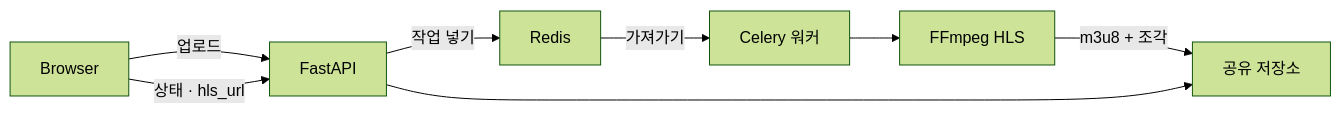
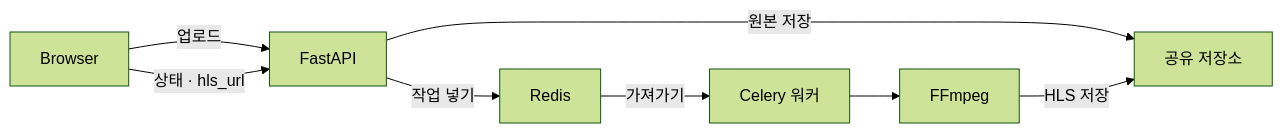
Before and after one commit to DSeung001/presentation-md: the sixth of 7 diagrams in content/2026-07-20-pycon-fastapi-celery/index.md, drawn with Mermaid (forest theme). The commit also changed other lines of this file and 2 other files, not shown here.

Commit message:
fix: 다이어그램 수정 및 img css 수정

````diff
--- a/content/2026-07-20-pycon-fastapi-celery/index.md
+++ b/content/2026-07-20-pycon-fastapi-celery/index.md
@@ -401,16 +394,16 @@
 ```mermaid
 flowchart LR
     Browser["Browser"]
     FastAPI["FastAPI"]
     Redis["Redis"]
     Celery["Celery 워커"]
-    FFmpeg["FFmpeg HLS"]
+    FFmpeg["FFmpeg"]
     Data["공유 저장소"]
     Browser -->|"업로드"| FastAPI
+    FastAPI -->|"원본 저장"| Data
     FastAPI -->|"작업 넣기"| Redis
     Redis -->|"가져가기"| Celery
     Celery --> FFmpeg
-    FFmpeg -->|"m3u8 + 조각"| Data
-    FastAPI --> Data
+    FFmpeg -->|"HLS 저장"| Data
     Browser -->|"상태 · hls_url"| FastAPI
 ```
````
